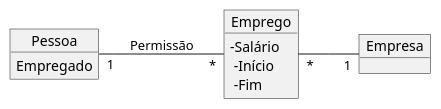
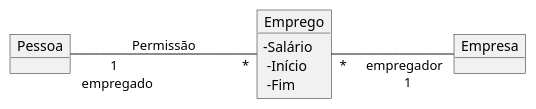
One commit to kyriosdata/oo changed the diagram in Imagens/modelos-01/imagem-12/mod01ima12.plantuml. Above: the diagram before and after it, drawn with PlantUML. The commit also changed 13 other files, not shown here.

```diff
--- a/Imagens/modelos-01/imagem-12/mod01ima12.plantuml
+++ b/Imagens/modelos-01/imagem-12/mod01ima12.plantuml
@@ -1,11 +1,10 @@
 @startuml mod01ima12
 skinparam classAttributeIconSize 0
 object "Pessoa" as o1
 object "Emprego" as o2
 object "Empresa" as o3
-o1 : Empregado
 o2 : -Salário \n -Início \n -Fim
 left to right direction
-o1"1" -- "*"o2: Permissão
-o2"*" -- "1"o3
+o1"1 \n empregado" --- "*"o2: Permissão
+o2"*" --- "empregador \n 1"o3
 @enduml
```
